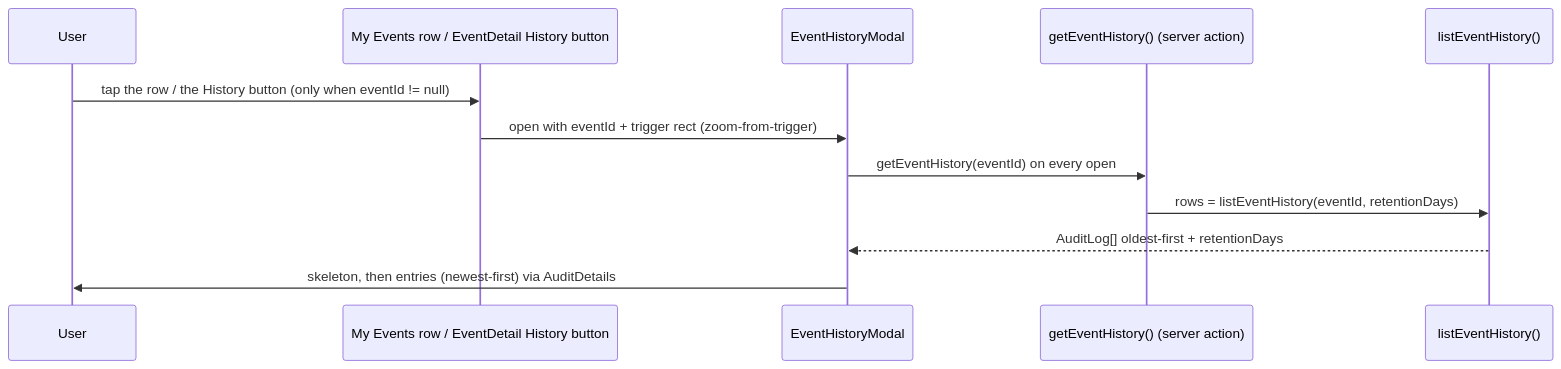
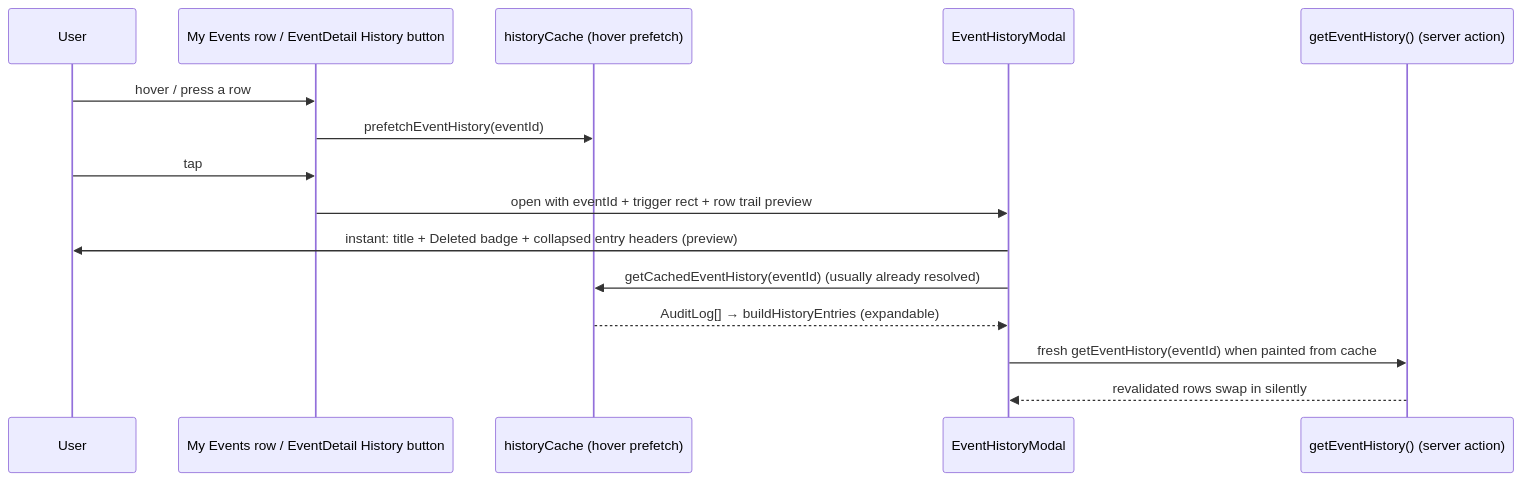
The first of 2 diagrams in docs/event-history.md (oncloudnintynineone-source/cloudy2), drawn with Mermaid before and after one commit. The commit also changed other lines of this file and 10 other files, not shown here.

Commit message:
History modal: instant preview paint + hover prefetch

````diff
--- a/docs/event-history.md
+++ b/docs/event-history.md
@@ -61,14 +63,17 @@
 ```mermaid
 sequenceDiagram
     participant U as User
     participant T as My Events row / EventDetail History button
+    participant C as historyCache (hover prefetch)
     participant M as EventHistoryModal
     participant A as getEventHistory() (server action)
-    participant Q as listEventHistory()
-    U->>T: tap the row / the History button (only when eventId != null)
-    T->>M: open with eventId + trigger rect (zoom-from-trigger)
-    M->>A: getEventHistory(eventId) on every open
-    A->>Q: rows = listEventHistory(eventId, retentionDays)
-    Q-->>M: AuditLog[] oldest-first + retentionDays
-    M->>U: skeleton, then entries (newest-first) via AuditDetails
+    U->>T: hover / press a row
+    T->>C: prefetchEventHistory(eventId)
+    U->>T: tap
+    T->>M: open with eventId + trigger rect + row trail preview
+    M->>U: instant: title + Deleted badge + collapsed entry headers (preview)
+    M->>C: getCachedEventHistory(eventId) (usually already resolved)
+    C-->>M: AuditLog[] → buildHistoryEntries (expandable)
+    M->>A: fresh getEventHistory(eventId) when painted from cache
+    A-->>M: revalidated rows swap in silently
 ```
````
